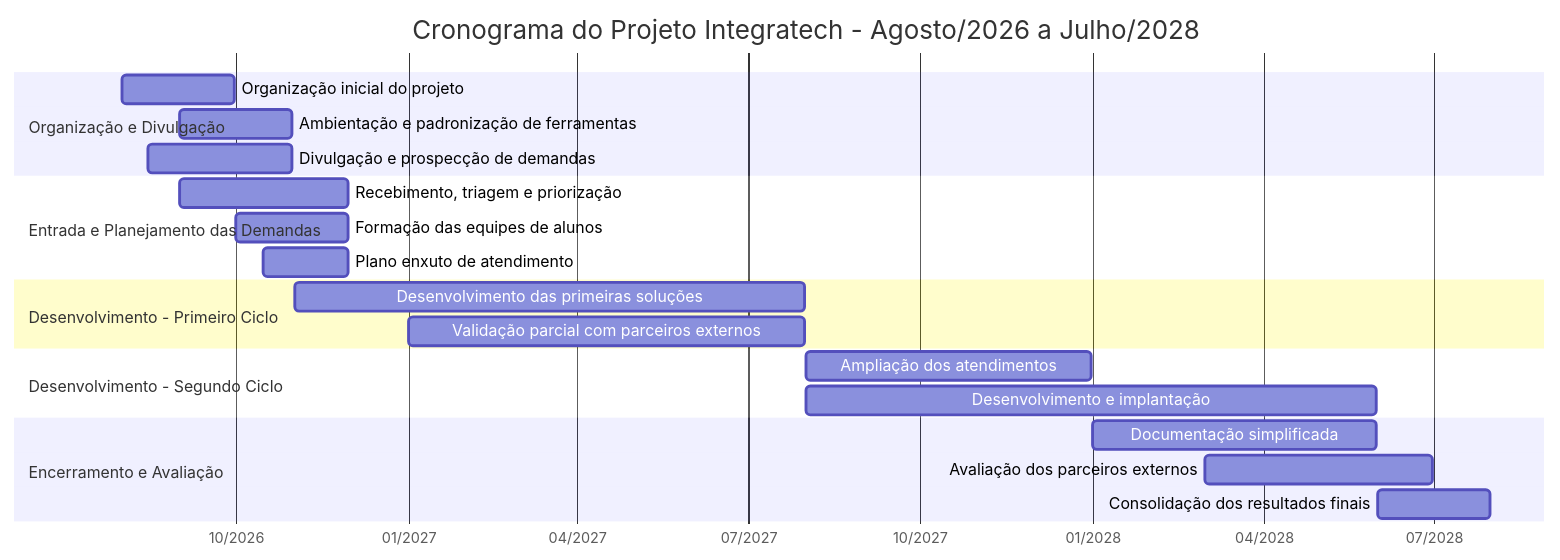
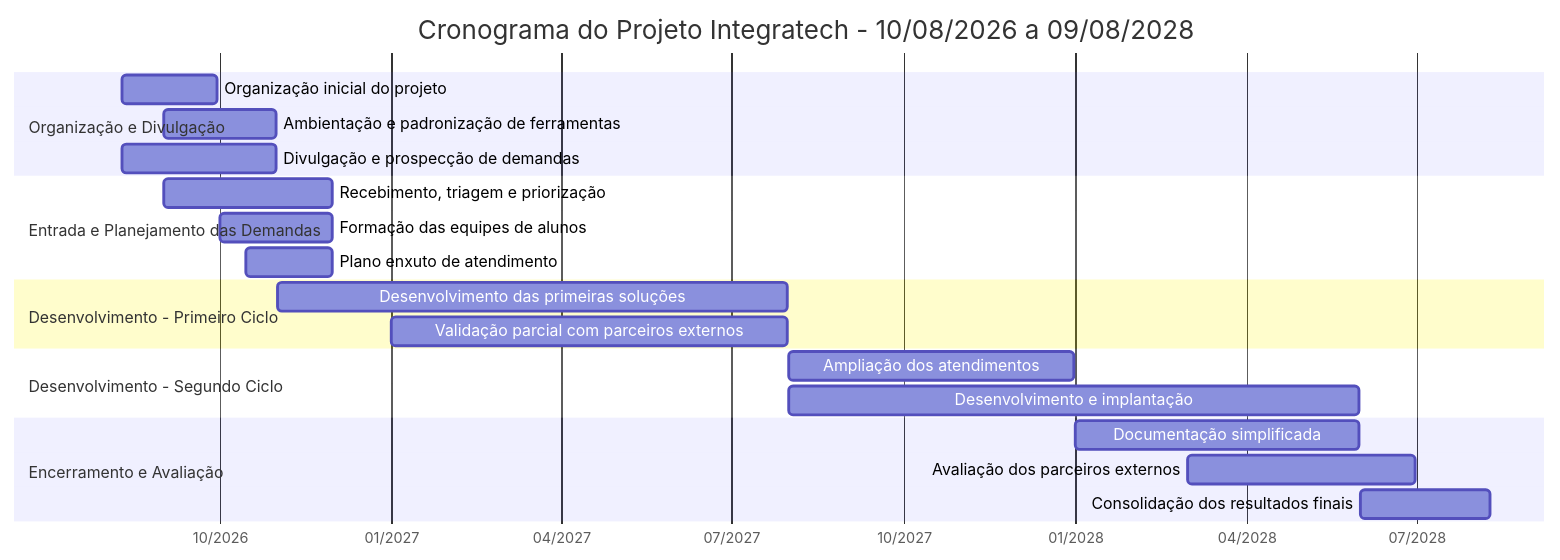
One commit to monteiro74/integratech-sinop changed the fifth of 7 diagrams in README.md. Above: the diagram before and after it, drawn with Mermaid. The commit also changed other lines of this file, not shown here.

````diff
--- a/README.md
+++ b/README.md
@@ -671,29 +671,29 @@
 ```mermaid
 gantt
-    title Cronograma do Projeto Integratech - Agosto/2026 a Julho/2028
+    title Cronograma do Projeto Integratech - 10/08/2026 a 09/08/2028
     dateFormat  YYYY-MM-DD
     axisFormat  %m/%Y
 
     section Organização e Divulgação
-    Organização inicial do projeto           :a1, 2026-08-01, 2026-09-30
+    Organização inicial do projeto           :a1, 2026-08-10, 2026-09-30
     Ambientação e padronização de ferramentas :a2, 2026-09-01, 2026-10-31
-    Divulgação e prospecção de demandas      :a3, 2026-08-15, 2026-10-31
+    Divulgação e prospecção de demandas      :a3, 2026-08-10, 2026-10-31
 
     section Entrada e Planejamento das Demandas
     Recebimento, triagem e priorização       :b1, 2026-09-01, 2026-11-30
     Formação das equipes de alunos           :b2, 2026-10-01, 2026-11-30
     Plano enxuto de atendimento              :b3, 2026-10-15, 2026-11-30
 
     section Desenvolvimento - Primeiro Ciclo
     Desenvolvimento das primeiras soluções   :c1, 2026-11-01, 2027-07-31
     Validação parcial com parceiros externos :c2, 2027-01-01, 2027-07-31
 
     section Desenvolvimento - Segundo Ciclo
     Ampliação dos atendimentos               :d1, 2027-08-01, 2027-12-31
     Desenvolvimento e implantação            :d2, 2027-08-01, 2028-05-31
 
     section Encerramento e Avaliação
     Documentação simplificada                :e1, 2028-01-01, 2028-05-31
     Avaliação dos parceiros externos         :e2, 2028-03-01, 2028-06-30
-    Consolidação dos resultados finais        :e3, 2028-06-01, 2028-07-31
+    Consolidação dos resultados finais        :e3, 2028-06-01, 2028-08-09
 ```
````
